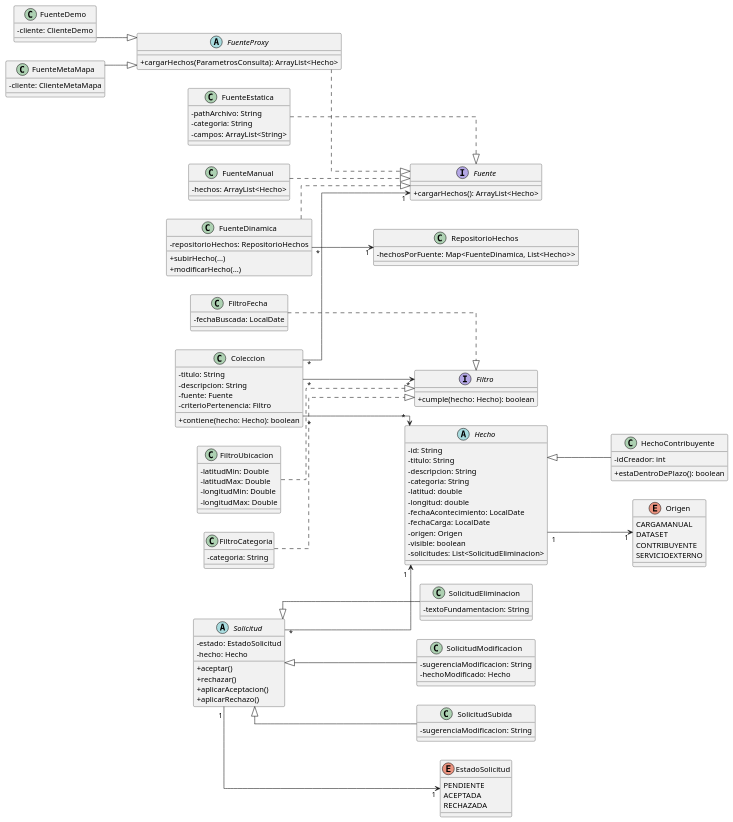
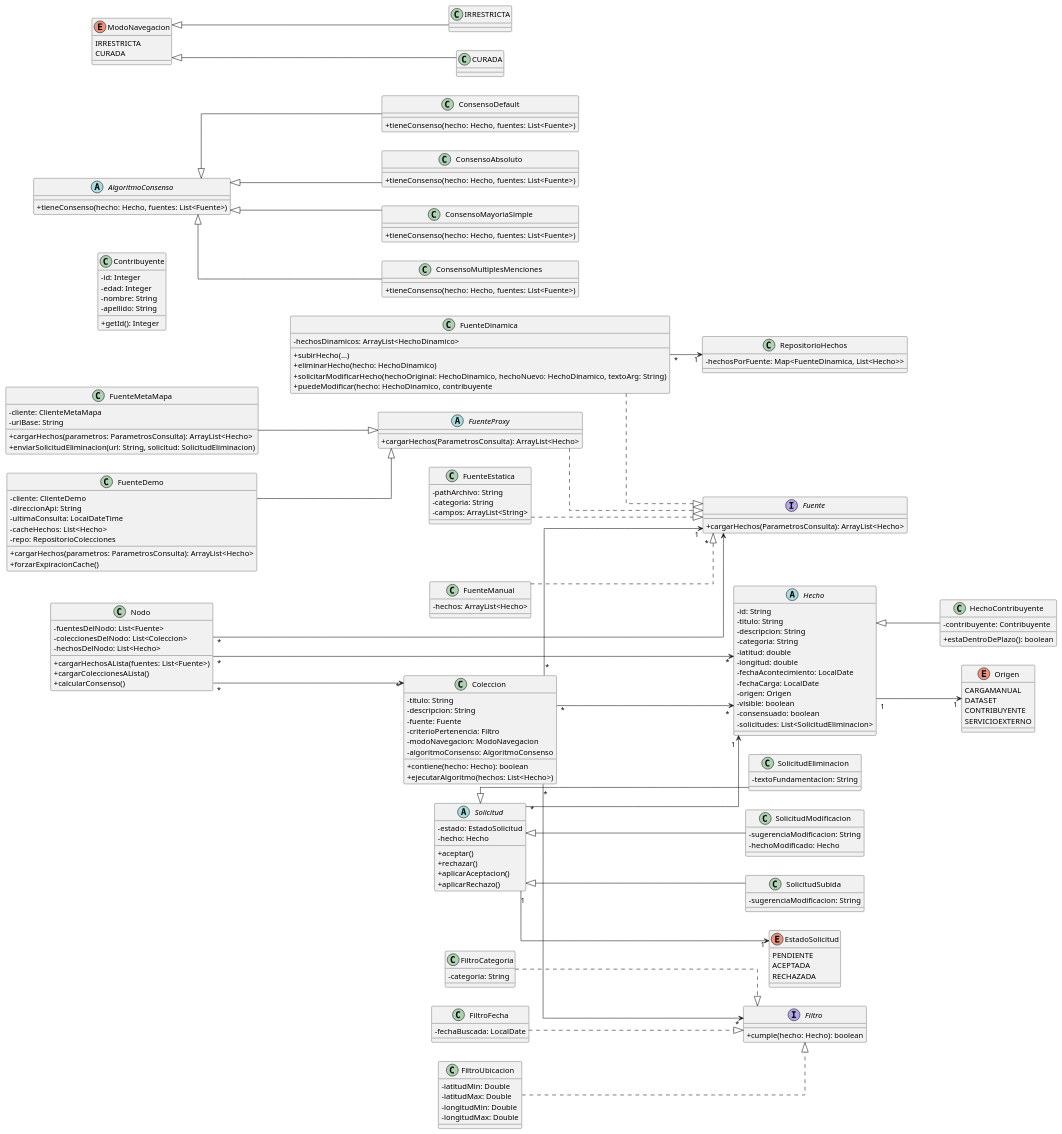
Before and after one commit to ValentinVilla/tpa-diseno-sistemas-2025: the diagram in Diagramas/diagrama.puml, drawn with PlantUML.

Commit message:
Actualizacion Diagrama de clases

```diff
--- a/Diagramas/diagrama.puml
+++ b/Diagramas/diagrama.puml
@@ -4,7 +4,7 @@
 skinparam linetype ortho
 
 interface Fuente {
-  + cargarHechos(): ArrayList<Hecho>
+  + cargarHechos(ParametrosConsulta): ArrayList<Hecho>
 }
 
 abstract class FuenteProxy {
@@ -12,9 +12,11 @@
 }
 
 class FuenteDinamica {
-  - repositorioHechos: RepositorioHechos
+  - hechosDinamicos: ArrayList<HechoDinamico>
   + subirHecho(...)
-  + modificarHecho(...)
+  + eliminarHecho(hecho: HechoDinamico)
+  + solicitarModificarHecho(hechoOriginal: HechoDinamico, hechoNuevo: HechoDinamico, textoArg: String)
+  + puedeModificar(hecho: HechoDinamico, contribuyente
 }
 
 class FuenteEstatica {
@@ -25,10 +27,19 @@
 
 class FuenteDemo {
   - cliente: ClienteDemo
+  - direccionApi: String
+  - ultimaConsulta: LocalDateTime
+  - cacheHechos: List<Hecho>
+  - repo: RepositorioColecciones
+  + cargarHechos(parametros: ParametrosConsulta): ArrayList<Hecho>
+  + forzarExpiracionCache()
 }
 
 class FuenteMetaMapa {
   - cliente: ClienteMetaMapa
+  - urlBase: String
+  + cargarHechos(parametros: ParametrosConsulta): ArrayList<Hecho>
+  + enviarSolicitudEliminacion(url: String, solicitud: SolicitudEliminacion)
 }
 
 class FuenteManual {
@@ -46,11 +57,12 @@
   - fechaCarga: LocalDate
   - origen: Origen
   - visible: boolean
+  - consensuado: boolean
   - solicitudes: List<SolicitudEliminacion>
 }
 
 class HechoContribuyente {
-  - idCreador: int
+  - contribuyente: Contribuyente
   + estaDentroDePlazo(): boolean
 }
 
@@ -61,6 +73,13 @@
   SERVICIOEXTERNO
 }
 
+class Contribuyente {
+  - id: Integer
+  - edad: Integer
+  - nombre: String
+  - apellido: String
+  + getId(): Integer
+}
 class RepositorioHechos {
   - hechosPorFuente: Map<FuenteDinamica, List<Hecho>>
 }
@@ -117,7 +136,44 @@
   - descripcion: String
   - fuente: Fuente
   - criterioPertenencia: Filtro
+  - modoNavegacion: ModoNavegacion
+  - algoritmoConsenso: AlgoritmoConsenso
   + contiene(hecho: Hecho): boolean
+  + ejecutarAlgoritmo(hechos: List<Hecho>)
+}
+
+class Nodo {
+  - fuentesDelNodo: List<Fuente>
+  - coleccionesDelNodo: List<Coleccion>
+  - hechosDelNodo: List<Hecho>
+  + cargarHechosALista(fuentes: List<Fuente>)
+  + cargarColeccionesALista()
+  + calcularConsenso()
+}
+
+abstract class AlgoritmoConsenso {
+  + tieneConsenso(hecho: Hecho, fuentes: List<Fuente>)
+}
+
+class ConsensoDefault {
+  + tieneConsenso(hecho: Hecho, fuentes: List<Fuente>)
+}
+
+class ConsensoAbsoluto {
+  + tieneConsenso(hecho: Hecho, fuentes: List<Fuente>)
+}
+
+class ConsensoMayoriaSimple {
+  + tieneConsenso(hecho: Hecho, fuentes: List<Fuente>)
+}
+
+class ConsensoMultiplesMenciones {
+  + tieneConsenso(hecho: Hecho, fuentes: List<Fuente>)
+}
+
+enum ModoNavegacion {
+  IRRESTRICTA
+  CURADA
 }
 
 FuenteDinamica ..|> Fuente
@@ -146,5 +202,16 @@
 Coleccion "*"-->"*" Filtro
 Coleccion "*"-->"*"Hecho
 
+Nodo "*"-->"*" Fuente
+Nodo "*"-->"*" Coleccion
+Nodo "*"-->"*" Hecho
+
+ModoNavegacion <|-- IRRESTRICTA
+ModoNavegacion <|-- CURADA
+
+AlgoritmoConsenso <|-- ConsensoDefault
+AlgoritmoConsenso <|-- ConsensoAbsoluto
+AlgoritmoConsenso <|-- ConsensoMayoriaSimple
+AlgoritmoConsenso <|-- ConsensoMultiplesMenciones
 
 @enduml
```
